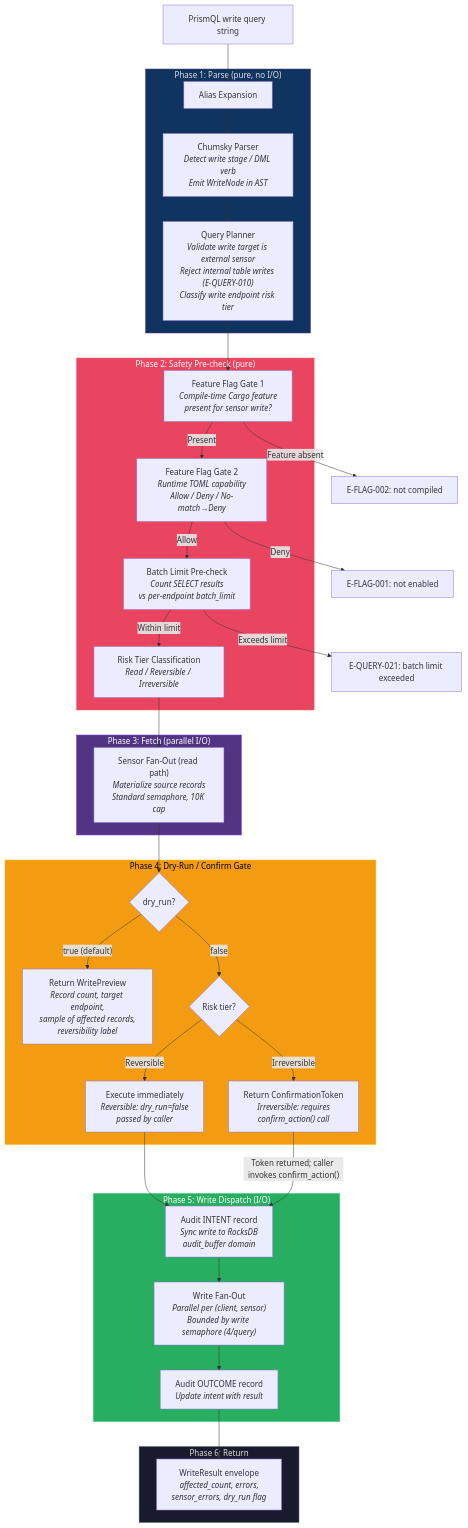
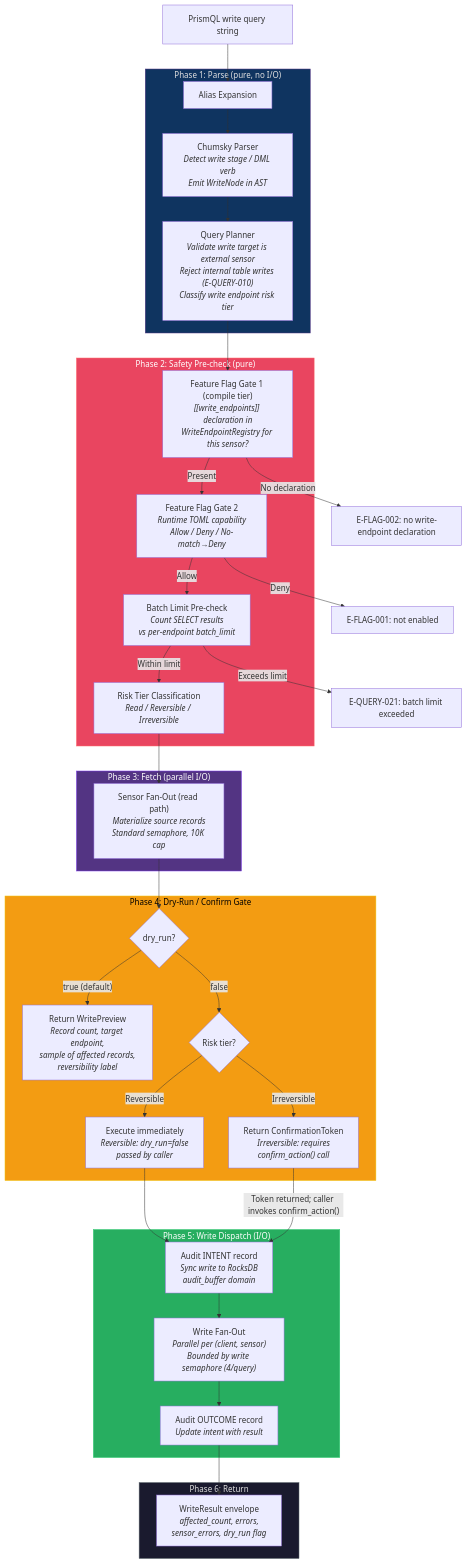
One commit to drbothen/prism changed the diagram in specs/architecture/write-operations.md. Above: the diagram before and after it, drawn with Mermaid. The commit also changed other lines of this file and 86 other files, not shown here.

````diff
--- a/specs/architecture/write-operations.md
+++ b/specs/architecture/write-operations.md
@@ -134,63 +134,63 @@
 ```mermaid
 graph TD
     INPUT["PrismQL write query string"]
 
     subgraph PARSE["Phase 1: Parse (pure, no I/O)"]
         P1["Alias Expansion"]
         P2["Chumsky Parser<br/><i>Detect write stage / DML verb<br/>Emit WriteNode in AST</i>"]
         P3["Query Planner<br/><i>Validate write target is external sensor<br/>Reject internal table writes (E-QUERY-010)<br/>Classify write endpoint risk tier</i>"]
     end
 
     subgraph SAFETYCHECK["Phase 2: Safety Pre-check (pure)"]
-        S1["Feature Flag Gate 1<br/><i>Compile-time Cargo feature<br/>present for sensor write?</i>"]
+        S1["Feature Flag Gate 1 (compile tier)<br/><i>[[write_endpoints]] declaration in<br/>WriteEndpointRegistry for this sensor?</i>"]
         S2["Feature Flag Gate 2<br/><i>Runtime TOML capability<br/>Allow / Deny / No-match→Deny</i>"]
         S3["Batch Limit Pre-check<br/><i>Count SELECT results<br/>vs per-endpoint batch_limit</i>"]
         S4["Risk Tier Classification<br/><i>Read / Reversible / Irreversible</i>"]
     end
 
     subgraph FETCH["Phase 3: Fetch (parallel I/O)"]
         F1["Sensor Fan-Out (read path)<br/><i>Materialize source records<br/>Standard semaphore, 10K cap</i>"]
     end
 
     subgraph DRYRUNGATE["Phase 4: Dry-Run / Confirm Gate"]
         D1{"dry_run?"}
         D2["Return WritePreview<br/><i>Record count, target endpoint,<br/>sample of affected records,<br/>reversibility label</i>"]
         D3{"Risk tier?"}
         D4["Execute immediately<br/><i>Reversible: dry_run=false<br/>passed by caller</i>"]
         D5["Return ConfirmationToken<br/><i>Irreversible: requires<br/>confirm_action() call</i>"]
     end
 
     subgraph EXECUTE["Phase 5: Write Dispatch (I/O)"]
         E1["Audit INTENT record<br/><i>Sync write to RocksDB<br/>audit_buffer domain</i>"]
         E2["Write Fan-Out<br/><i>Parallel per (client, sensor)<br/>Bounded by write semaphore (4/query)</i>"]
         E3["Audit OUTCOME record<br/><i>Update intent with result</i>"]
     end
 
     subgraph RETURN["Phase 6: Return"]
         R1["WriteResult envelope<br/><i>affected_count, errors,<br/>sensor_errors, dry_run flag</i>"]
     end
 
     INPUT --> P1 --> P2 --> P3
     P3 --> S1
-    S1 -->|"Feature absent"| DENY1["E-FLAG-002: not compiled"]
+    S1 -->|"No declaration"| DENY1["E-FLAG-002: no write-endpoint declaration"]
     S1 -->|"Present"| S2
     S2 -->|"Deny"| DENY2["E-FLAG-001: not enabled"]
     S2 -->|"Allow"| S3
     S3 -->|"Exceeds limit"| DENY3["E-QUERY-021: batch limit exceeded"]
     S3 -->|"Within limit"| S4
     S4 --> F1
     F1 --> D1
     D1 -->|"true (default)"| D2
     D1 -->|"false"| D3
     D3 -->|"Reversible"| D4
     D3 -->|"Irreversible"| D5
     D4 --> E1 --> E2 --> E3 --> R1
     D5 -->|"Token returned; caller invokes confirm_action()"| E1
 
     style PARSE fill:#0f3460,stroke:#533483,color:#e0e0e0
     style SAFETYCHECK fill:#e94560,stroke:#ff6b6b,color:#fff
     style FETCH fill:#533483,stroke:#7c3aed,color:#fff
     style DRYRUNGATE fill:#f39c12,stroke:#f1c40f,color:#000
     style EXECUTE fill:#27ae60,stroke:#2ecc71,color:#fff
     style RETURN fill:#1a1a2e,stroke:#636e72,color:#e0e0e0
 ```
````
